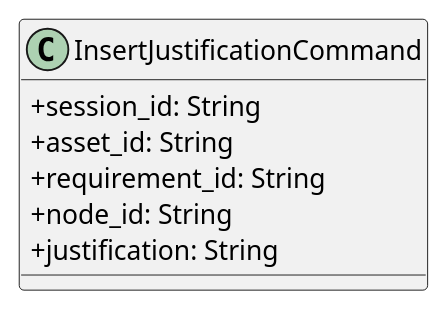
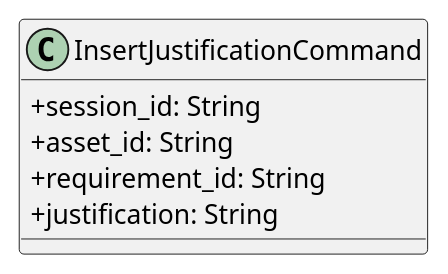
The diagram in src/PB/DocumentazioneEsterna/Specifica_Tecnica/content/uml/puml/Diagrammi_classi/Backend/Command/InsertJustificationCommand.puml (GroupRubberDuck/Documentazione), drawn with PlantUML before and after one commit. The commit also changed 34 other files, not shown here.

```diff
--- a/src/PB/DocumentazioneEsterna/Specifica_Tecnica/content/uml/puml/Diagrammi_classi/Backend/Command/InsertJustificationCommand.puml
+++ b/src/PB/DocumentazioneEsterna/Specifica_Tecnica/content/uml/puml/Diagrammi_classi/Backend/Command/InsertJustificationCommand.puml
@@ -1,12 +1,9 @@
 @startuml
 skinparam classAttributeIconSize 0
-  
-  
   class InsertJustificationCommand {
         + session_id: String
         + asset_id: String
         + requirement_id: String
-        + node_id: String
         + justification: String
     }
 @enduml
```
